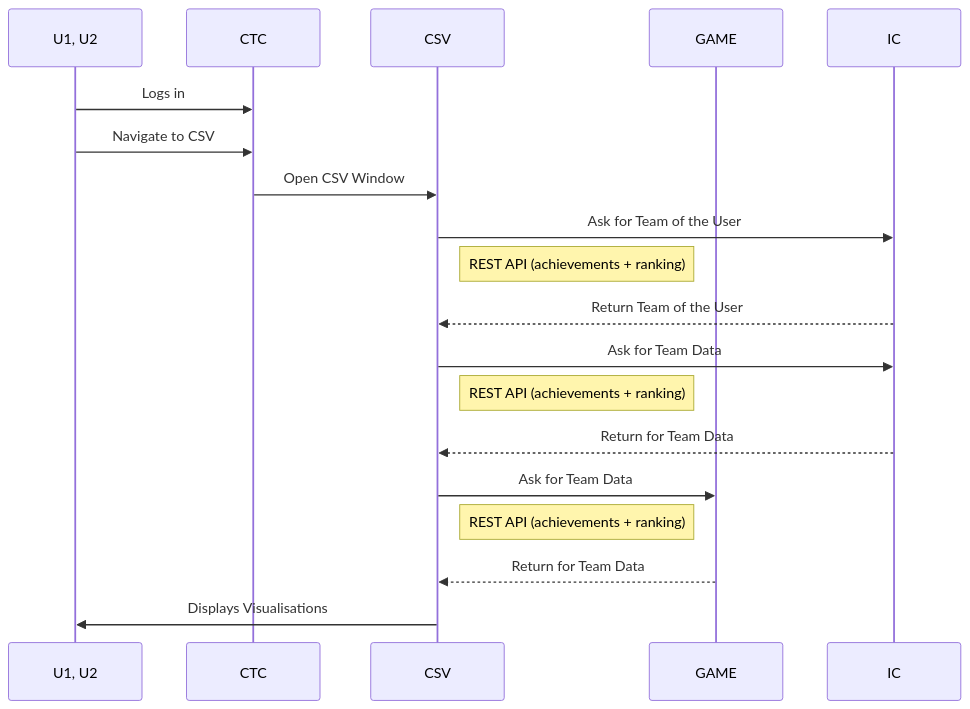
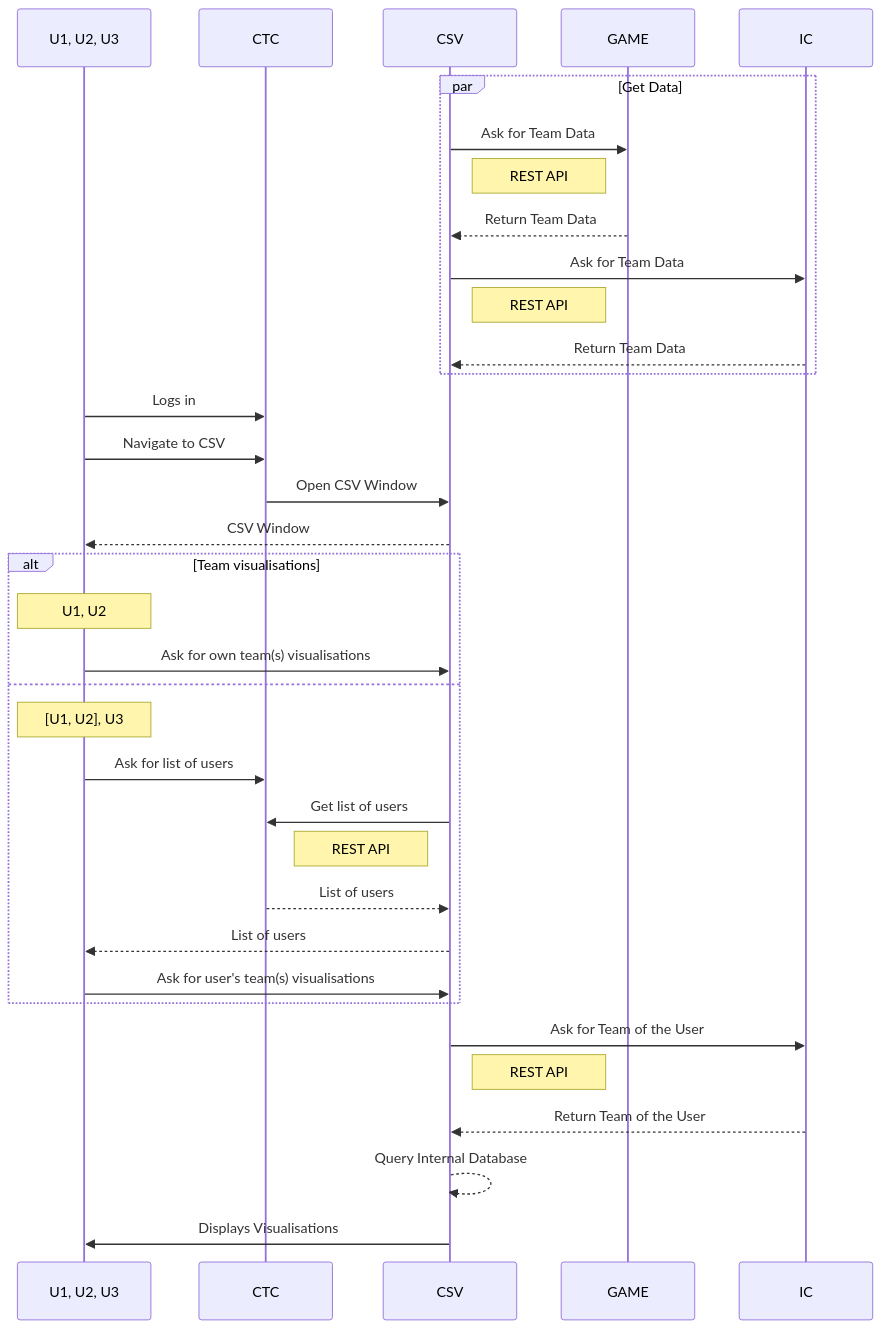
The diagram in UC-A-02.md (mactsouk/UC-mermaid), drawn with Mermaid before and after one commit. The commit also changed other lines of this file and 3 other files, not shown here.

````diff
--- a/UC-A-02.md
+++ b/UC-A-02.md
@@ -3,22 +7,42 @@
 ```mermaid
 sequenceDiagram
-    participant U as U1, U2
+    participant U as U1, U2, U3
     participant CTC
     participant CSV
     participant GAME
     participant IC
 
+    par Get Data
+        CSV->>GAME: Ask for Team Data
+        Note right of CSV: REST API
+        GAME-->>CSV: Return Team Data
+        CSV->>IC: Ask for Team Data
+        Note right of CSV: REST API
+        IC-->>CSV: Return Team Data
+    end
+
     U->>CTC: Logs in
     U->>CTC: Navigate to CSV
     CTC->>CSV: Open CSV Window
+    CSV-->>U: CSV Window
+
+    alt Team visualisations
+        Note over U: U1, U2
+        U->>CSV: Ask for own team(s) visualisations
+    else
+        Note over U: [U1, U2], U3
+        U->>CTC: Ask for list of users
+        CSV->>CTC: Get list of users
+        Note left of CSV: REST API
+        CTC-->>CSV: List of users
+        CSV-->>U: List of users
+        U->>CSV: Ask for user's team(s) visualisations
+    end 
+
     CSV->>IC: Ask for Team of the User
-    Note right of CSV: REST API (achievements + ranking)
+    Note right of CSV: REST API
     IC-->>CSV: Return Team of the User
-    CSV->>IC: Ask for Team Data
-    Note right of CSV: REST API (achievements + ranking)
-    IC-->>CSV: Return for Team Data
-    CSV->>GAME: Ask for Team Data
-    Note right of CSV: REST API (achievements + ranking)
-    GAME-->>CSV: Return for Team Data
+
+    CSV-->>CSV: Query Internal Database
     CSV->>U: Displays Visualisations
 ```
````
